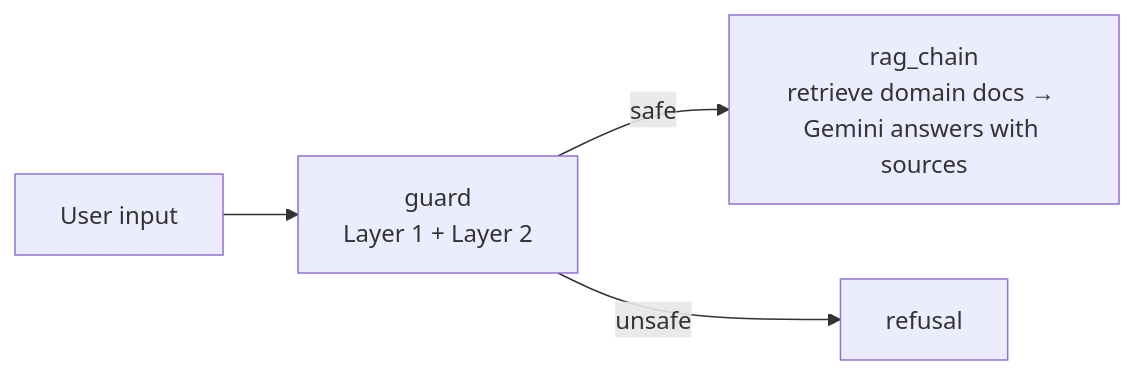
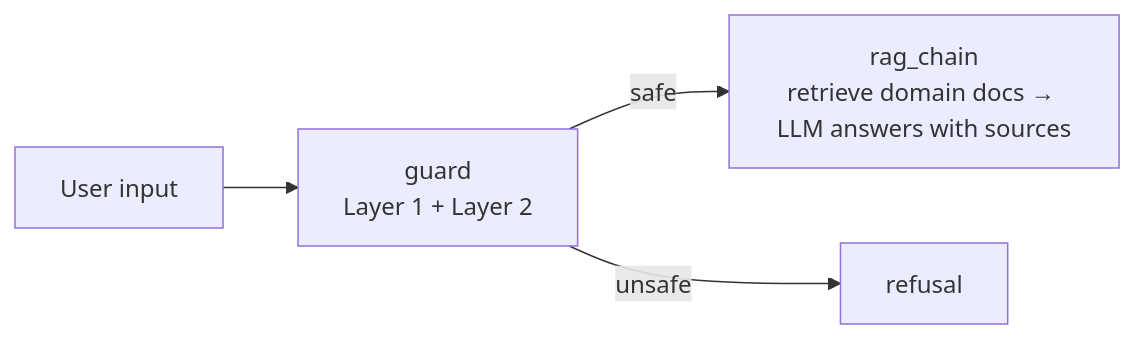
The second of 2 diagrams in docs/ARCHITECTURE.md (rafimm/rag-prompt-injection-guard), drawn with Mermaid before and after one commit. The commit also changed other lines of this file and 11 other files, not shown here.

````diff
--- a/docs/ARCHITECTURE.md
+++ b/docs/ARCHITECTURE.md
@@ -184,6 +218,6 @@
 ```mermaid
 flowchart LR
     U[User input] --> G[guard<br/>Layer 1 + Layer 2]
-    G -->|safe| RAG["rag_chain<br/>retrieve domain docs → Gemini answers with sources"]
+    G -->|safe| RAG["rag_chain<br/>retrieve domain docs → LLM answers with sources"]
     G -->|unsafe| R[refusal]
 ```
````
